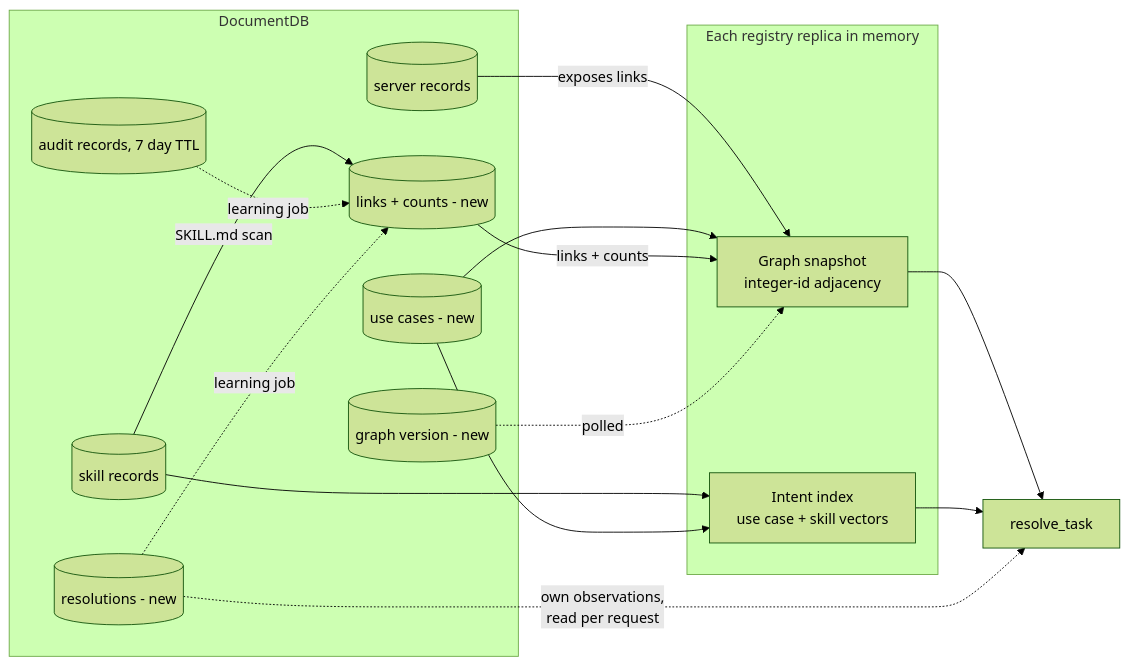
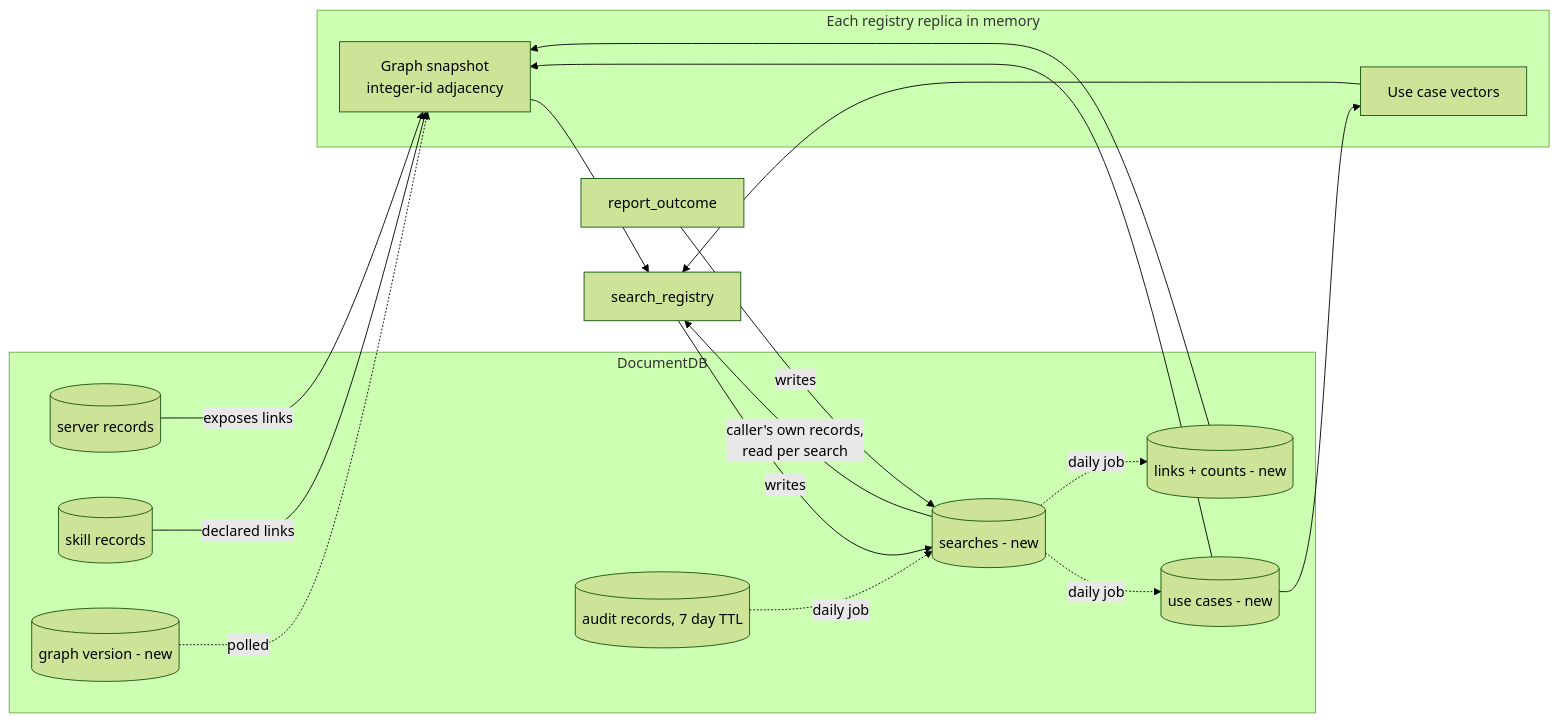
Before and after one commit to adrianB1996/mcp-gateway-registry: the second of 2 diagrams in docs/design/knowledge-graph-search.md, drawn with Mermaid (forest theme). The commit also changed other lines of this file, not shown here.

````diff
--- a/docs/design/knowledge-graph-search.md
+++ b/docs/design/knowledge-graph-search.md
@@ -240,28 +222,30 @@
 ```mermaid
 flowchart LR
     subgraph persisted [DocumentDB]
         SRV[(server records)]
         SKL[(skill records)]
+        AUD[(audit records, 7 day TTL)]
+        SRCH[(searches - new)]
         UCS[(use cases - new)]
         LNK[(links + counts - new)]
-        RES[(resolutions - new)]
         VER[(graph version - new)]
-        AUD[(audit records, 7 day TTL)]
     end
     subgraph memory [Each registry replica in memory]
         G["Graph snapshot<br/>integer-id adjacency"]
-        IDX["Intent index<br/>use case + skill vectors"]
+        IDX["Use case vectors"]
     end
+    SR[search_registry] -->|writes| SRCH
+    RO[report_outcome] -->|writes| SRCH
+    AUD -.->|daily job| SRCH
+    SRCH -.->|daily job| UCS
+    SRCH -.->|daily job| LNK
     SRV -->|exposes links| G
-    SKL -->|SKILL.md scan| LNK
+    SKL -->|declared links| G
     UCS --> G
-    LNK -->|links + counts| G
-    SKL --> IDX
     UCS --> IDX
-    AUD -.->|learning job| LNK
-    RES -.->|learning job| LNK
+    LNK --> G
     VER -.->|polled| G
-    G --> RT[resolve_task]
-    IDX --> RT
-    RES -.->|own observations,<br/>read per request| RT
+    G --> SR
+    IDX --> SR
+    SRCH -->|caller's own records,<br/>read per search| SR
 ```
````
